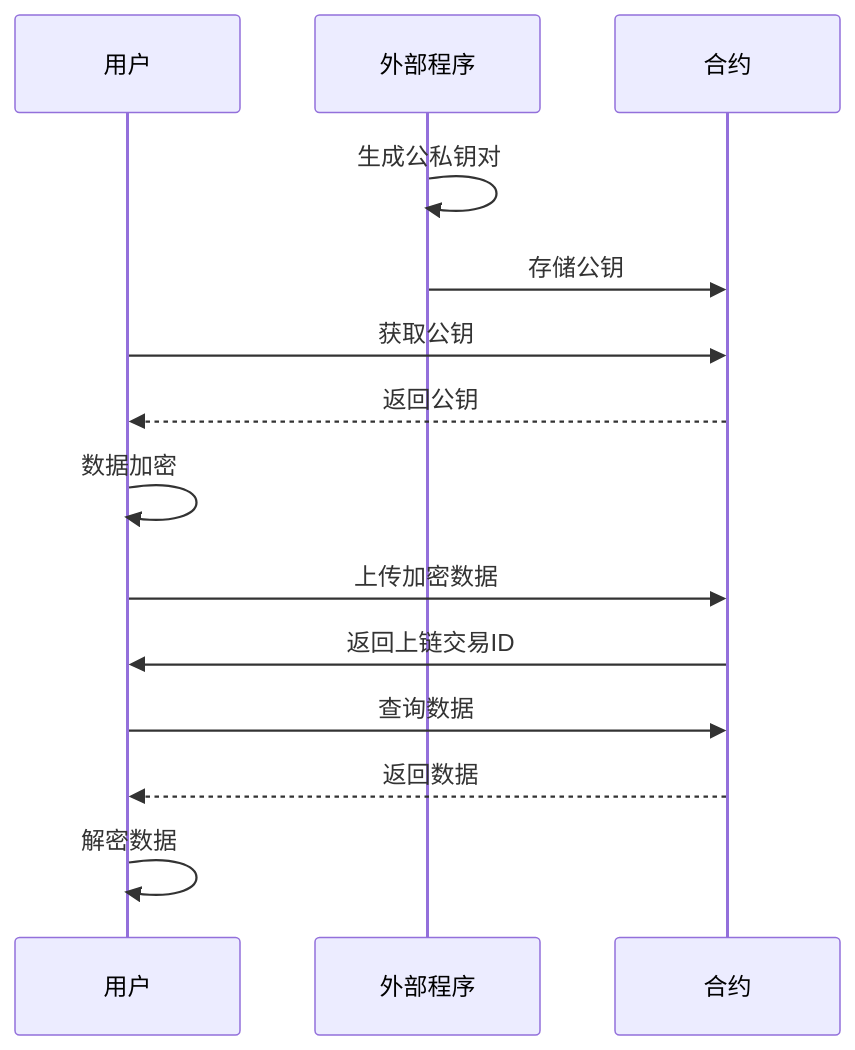
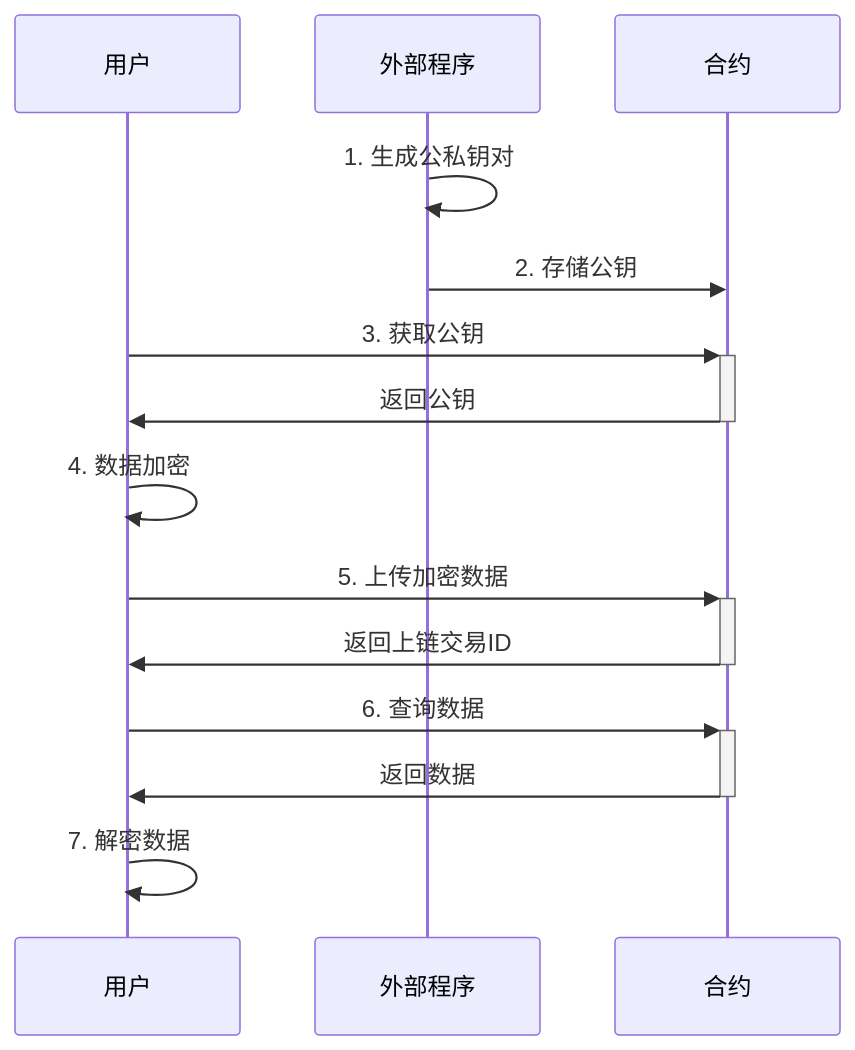
One commit to MoyunRz/store-data changed the third of 5 diagrams in doc/合约存取共享.md. Above: the diagram before and after it, drawn with Mermaid. The commit also changed other lines of this file, not shown here.

Commit message:
完善时序图

````diff
--- a/doc/合约存取共享.md
+++ b/doc/合约存取共享.md
@@ -48,18 +48,18 @@
 ```mermaid
 sequenceDiagram
     participant 用户
     participant 外部程序
     participant 合约
 
-    外部程序->>外部程序: 生成公私钥对
-    外部程序->>合约: 存储公钥
-    用户->>合约: 获取公钥
-    合约-->>用户: 返回公钥
-    用户->>用户: 数据加密
-    用户->>合约: 上传加密数据
-    合约->>用户: 返回上链交易ID
-    用户->>合约: 查询数据
-    合约-->>用户: 返回数据
-    用户->>用户:解密数据
+    外部程序->>外部程序: 1. 生成公私钥对
+    外部程序->>合约: 2. 存储公钥
+    用户->>+合约: 3. 获取公钥
+    合约->>-用户: 返回公钥
+    用户->>用户: 4. 数据加密
+    用户->>+合约: 5. 上传加密数据
+    合约->>-用户: 返回上链交易ID
+    用户->>+合约: 6. 查询数据
+    合约->>-用户: 返回数据
+    用户->>用户: 7. 解密数据
    
 ```
````
